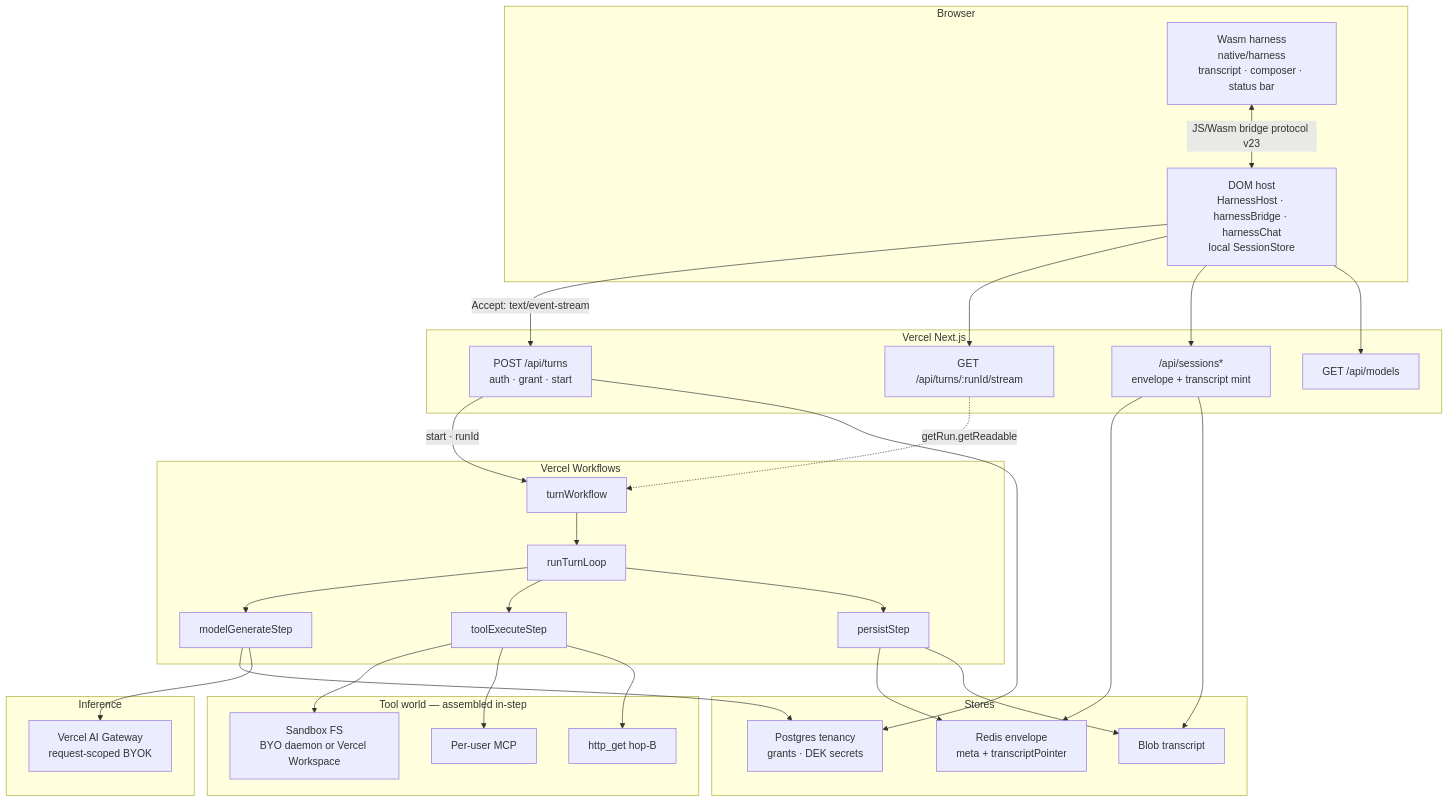
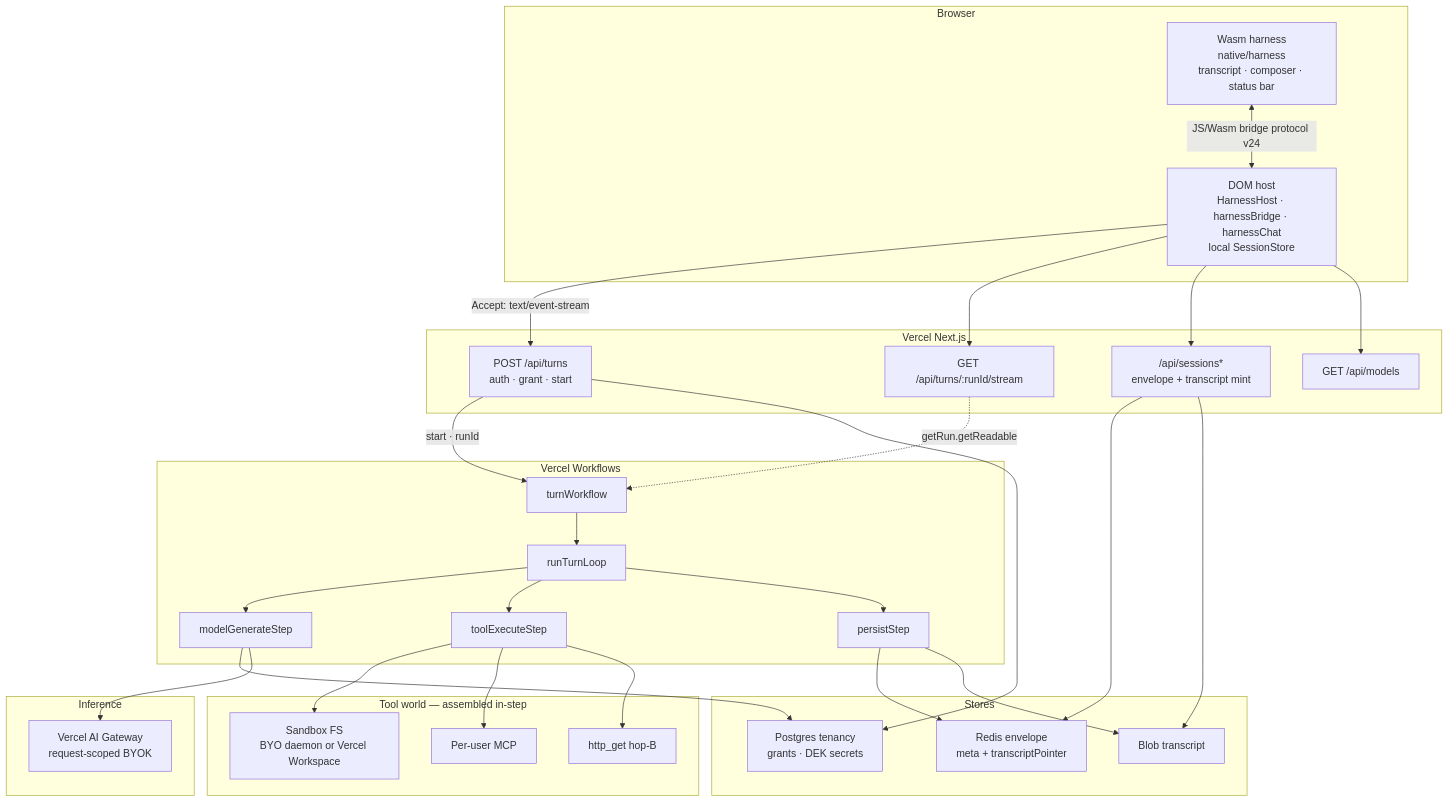
The diagram in docs/architecture.md (btipling/invincible), drawn with Mermaid before and after one commit. The commit also changed other lines of this file and 44 other files, not shown here.

````diff
--- a/docs/architecture.md
+++ b/docs/architecture.md
@@ -11,64 +11,64 @@
 ```mermaid
 flowchart TB
   subgraph browser ["Browser"]
     wasm["Wasm harness<br/>native/harness<br/>transcript · composer · status bar"]
     host["DOM host<br/>HarnessHost · harnessBridge · harnessChat<br/>local SessionStore"]
-    wasm <-->|"JS/Wasm bridge protocol v23"| host
+    wasm <-->|"JS/Wasm bridge protocol v24"| host
   end
 
   subgraph next ["Vercel Next.js"]
     turns["POST /api/turns<br/>auth · grant · start"]
     attach["GET /api/turns/:runId/stream"]
     sessions["/api/sessions*<br/>envelope + transcript mint"]
     models["GET /api/models"]
   end
 
   host -->|"Accept: text/event-stream"| turns
   host --> attach
   host --> sessions
   host --> models
 
   subgraph wf ["Vercel Workflows"]
     entry["turnWorkflow"]
     loop["runTurnLoop"]
     model["modelGenerateStep"]
     tools["toolExecuteStep"]
     persist["persistStep"]
     entry --> loop
     loop --> model
     loop --> tools
     loop --> persist
   end
 
   turns -->|"start · runId"| entry
   attach -.->|"getRun.getReadable"| entry
 
   subgraph stores ["Stores"]
     redis["Redis envelope<br/>meta + transcriptPointer"]
     blob["Blob transcript"]
     pg["Postgres tenancy<br/>grants · DEK secrets"]
   end
 
   persist --> redis
   persist --> blob
   sessions --> redis
   sessions --> blob
   turns --> pg
   model --> pg
 
   subgraph infer ["Inference"]
     gw["Vercel AI Gateway<br/>request-scoped BYOK"]
   end
 
   model --> gw
 
   subgraph toolworld ["Tool world — assembled in-step"]
     sbx["Sandbox FS<br/>BYO daemon or Vercel Workspace"]
     mcp["Per-user MCP"]
     http["http_get hop-B"]
   end
 
   tools --> sbx
   tools --> mcp
   tools --> http
 ```
````
